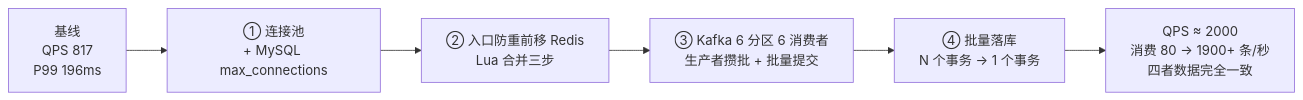
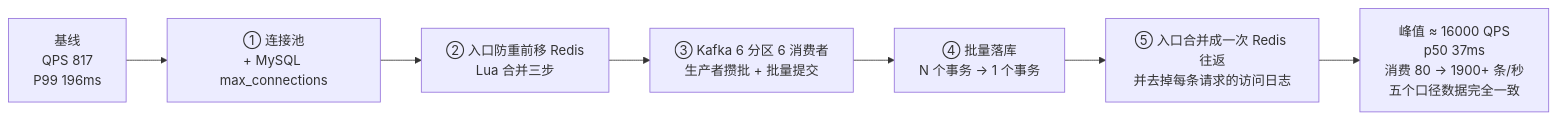
The diagram in docs/interview.md (easternhighs/shopping_market), drawn with Mermaid before and after one commit. The commit also changed other lines of this file and 10 other files, not shown here.

First line of the commit message:
perf: 抢购链路合并为单次 Redis 往返，峰值 5.9k→16k QPS（阶段6 6.1）

````diff
--- a/docs/interview.md
+++ b/docs/interview.md
@@ -107,8 +113,9 @@
 ```mermaid
 flowchart LR
     B["基线<br/>QPS 817<br/>P99 196ms"] --> O1["① 连接池<br/>+ MySQL max_connections"]
     O1 --> O2["② 入口防重前移 Redis<br/>Lua 合并三步"]
     O2 --> O3["③ Kafka 6 分区 6 消费者<br/>生产者攒批 + 批量提交"]
     O3 --> O4["④ 批量落库<br/>N 个事务 → 1 个事务"]
-    O4 --> R["QPS ≈ 2000<br/>消费 80 → 1900+ 条/秒<br/>四者数据完全一致"]
+    O4 --> O5["⑤ 入口合并成一次 Redis 往返<br/>并去掉每条请求的访问日志"]
+    O5 --> R["峰值 ≈ 16000 QPS<br/>p50 37ms<br/>消费 80 → 1900+ 条/秒<br/>五个口径数据完全一致"]
 ```
````
